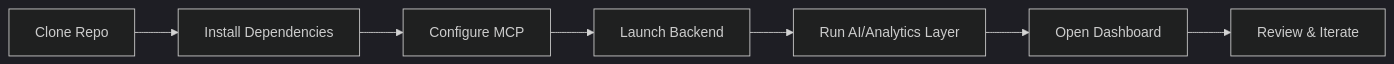
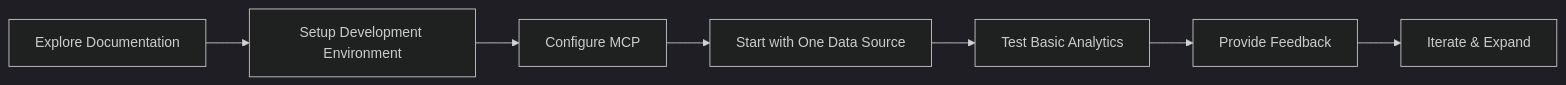
Before and after one commit to umshere/legacy-ai-dashboard: the diagram in README.md, drawn with Mermaid (dark theme). The commit also changed other lines of this file and 6 other files, not shown here.

````diff
--- a/README.md
+++ b/README.md
@@ -21,9 +23,9 @@
 ```mermaid
 flowchart LR
-    A[Clone Repo] --> B[Install Dependencies]
+    A[Explore Documentation] --> B[Setup Development Environment]
     B --> C[Configure MCP]
-    C --> D[Launch Backend]
-    D --> E[Run AI/Analytics Layer]
-    E --> F[Open Dashboard]
-    F --> G[Review & Iterate]
+    C --> D[Start with One Data Source]
+    D --> E[Test Basic Analytics]
+    E --> F[Provide Feedback]
+    F --> G[Iterate & Expand]
 ```
````
